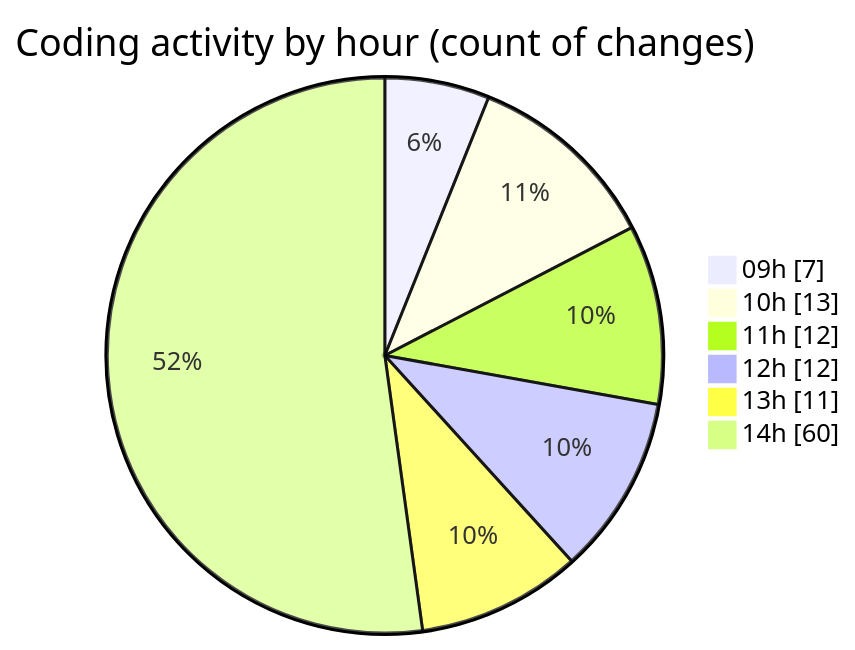
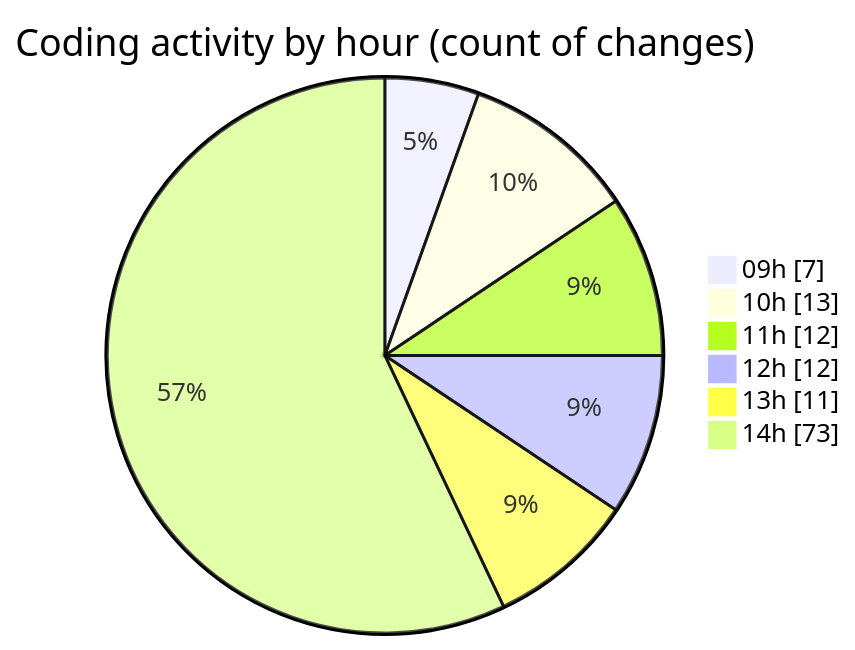
One commit to momahboobian/code-tracking changed the second of 2 diagrams in 2025-08-18/cda/README.md. Above: the diagram before and after it, drawn with Mermaid. The commit also changed other lines of this file and 1 other file, not shown here.

````diff
--- a/2025-08-18/cda/README.md
+++ b/2025-08-18/cda/README.md
@@ -50,10 +51,10 @@
 ```mermaid
 pie showData
 title Coding activity by hour (count of changes)
 "09h" : 7
 "10h" : 13
 "11h" : 12
 "12h" : 12
 "13h" : 11
-"14h" : 60
+"14h" : 73
 ```
````
